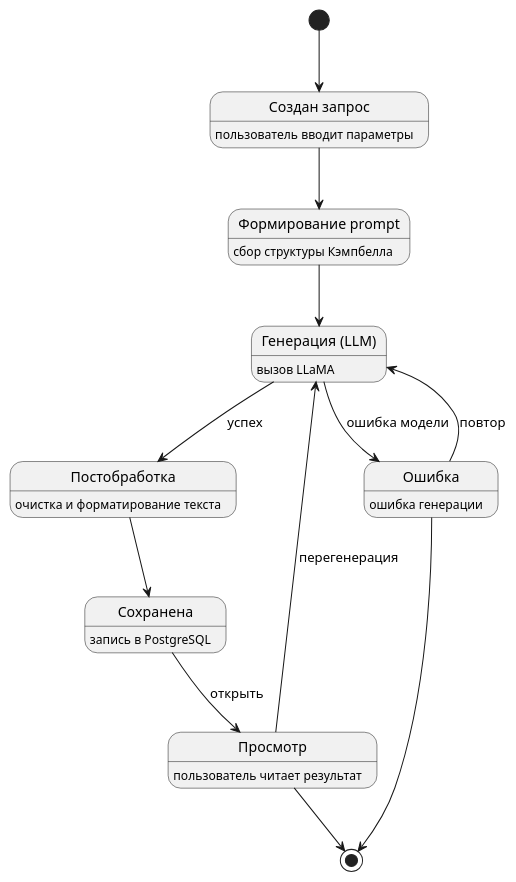
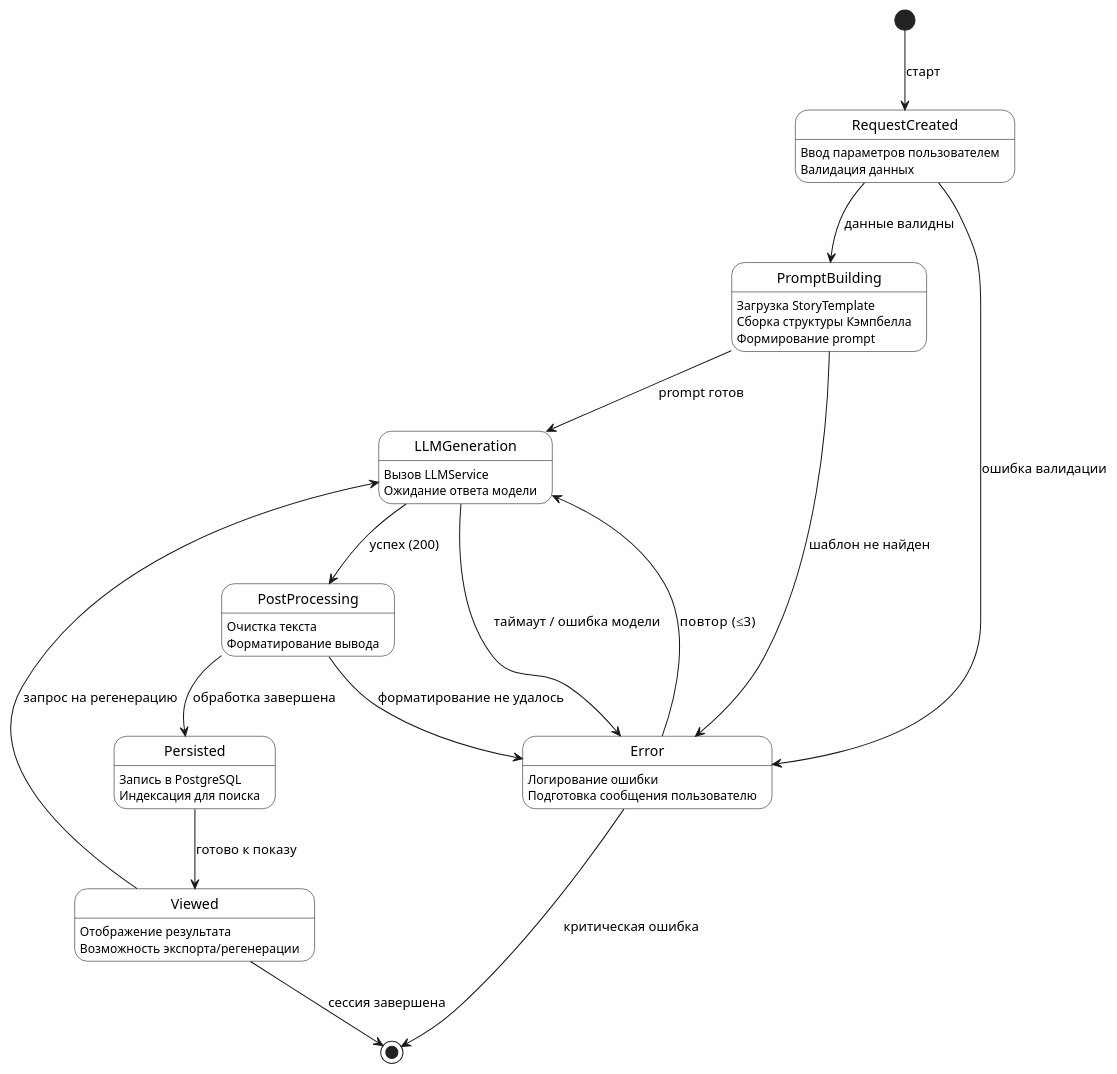
Before and after one commit to Kvazistam/herzen: the diagram in LWS/diagrams/state_diagram.wsd, drawn with PlantUML. The commit also changed 5 other files, not shown here.

Commit message:
change uml diagrams

```diff
--- a/LWS/diagrams/state_diagram.wsd
+++ b/LWS/diagrams/state_diagram.wsd
@@ -1,30 +1,35 @@
 @startuml
+skinparam state {
+  BackgroundColor White
+  BorderColor Black
+}
 
-state "Создан запрос" as Created : пользователь вводит параметры
-state "Формирование prompt" as Prompt : сбор структуры Кэмпбелла
-state "Генерация (LLM)" as Generating : вызов LLaMA
-state "Постобработка" as Post : очистка и форматирование текста
-state "Сохранена" as Saved : запись в PostgreSQL
-state "Ошибка" as Error : ошибка генерации
-state "Просмотр" as Viewed : пользователь читает результат
+[*] --> Created : старт
 
-[*] --> Created
+state "RequestCreated" as Created : Ввод параметров пользователем\nВалидация данных
+state "PromptBuilding" as Prompt : Загрузка StoryTemplate\nСборка структуры Кэмпбелла\nФормирование prompt
+state "LLMGeneration" as Generating : Вызов LLMService\nОжидание ответа модели
+state "PostProcessing" as Post : Очистка текста\nФорматирование вывода
+state "Persisted" as Saved : Запись в PostgreSQL\nИндексация для поиска
+state "Error" as Error : Логирование ошибки\nПодготовка сообщения пользователю
+state "Viewed" as Viewed : Отображение результата\nВозможность экспорта/регенерации
 
-Created --> Prompt
-Prompt --> Generating
+Created --> Prompt : данные валидны
+Created --> Error : ошибка валидации
 
-Generating --> Post : успех
-Generating --> Error : ошибка модели
+Prompt --> Generating : prompt готов
+Prompt --> Error : шаблон не найден
 
-Post --> Saved
+Generating --> Post : успех (200)
+Generating --> Error : таймаут / ошибка модели
 
-Saved --> Viewed : открыть
+Post --> Saved : обработка завершена
+Post --> Error : форматирование не удалось
 
-Viewed --> Generating : перегенерация
+Saved --> Viewed : готово к показу
+Viewed --> Generating : запрос на регенерацию
+Viewed --> [*] : сессия завершена
 
-Error --> Generating : повтор
-Error --> [*]
-
-Viewed --> [*]
-
+Error --> Generating : повтор (≤3)
+Error --> [*] : критическая ошибка
 @enduml
```
